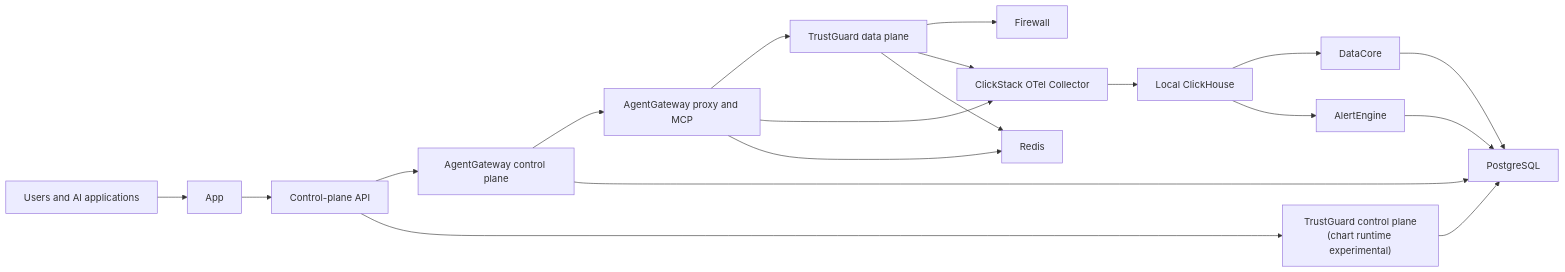
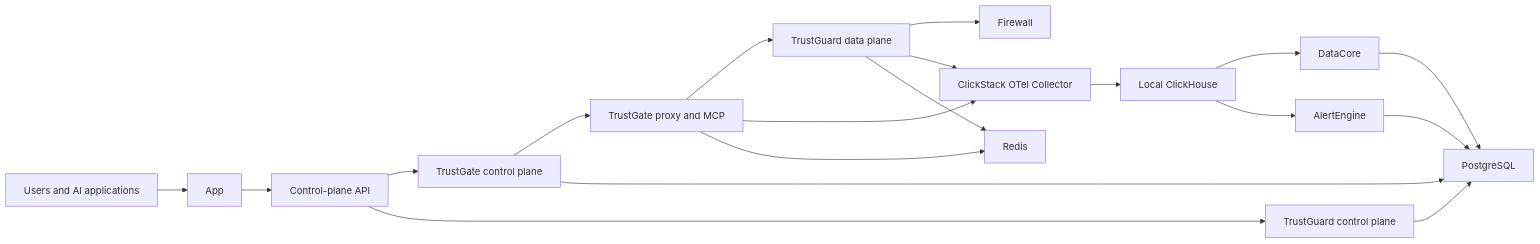
Before and after one commit to NeuralTrust/docs: the diagram in neuraltrust/deployment/overview.mdx, drawn with Mermaid. The commit also changed other lines of this file and 33 other files, not shown here.

````diff
--- a/neuraltrust/deployment/overview.mdx
+++ b/neuraltrust/deployment/overview.mdx
@@ -27,21 +23,21 @@
 ```mermaid
 flowchart LR
   Client["Users and AI applications"] --> APP["App"]
   APP --> API["Control-plane API"]
-  API --> AGC["AgentGateway control plane"]
-  API --> TGC["TrustGuard control plane<br/>(chart runtime experimental)"]
-  AGC --> AGD["AgentGateway proxy and MCP"]
+  API --> AGC["TrustGate control plane"]
+  API --> TGC["TrustGuard control plane"]
+  AGC --> AGD["TrustGate proxy and MCP"]
   AGD --> TGD["TrustGuard data plane"]
   TGD --> FW["Firewall"]
   AGD --> OTEL["ClickStack OTel Collector"]
   TGD --> OTEL
   OTEL --> CH["Local ClickHouse"]
   CH --> DC["DataCore"]
   CH --> AE["AlertEngine"]
   AGC --> PG["PostgreSQL"]
   TGC --> PG
   DC --> PG
   AE --> PG
   AGD --> RD["Redis"]
   TGD --> RD
 ```
````
